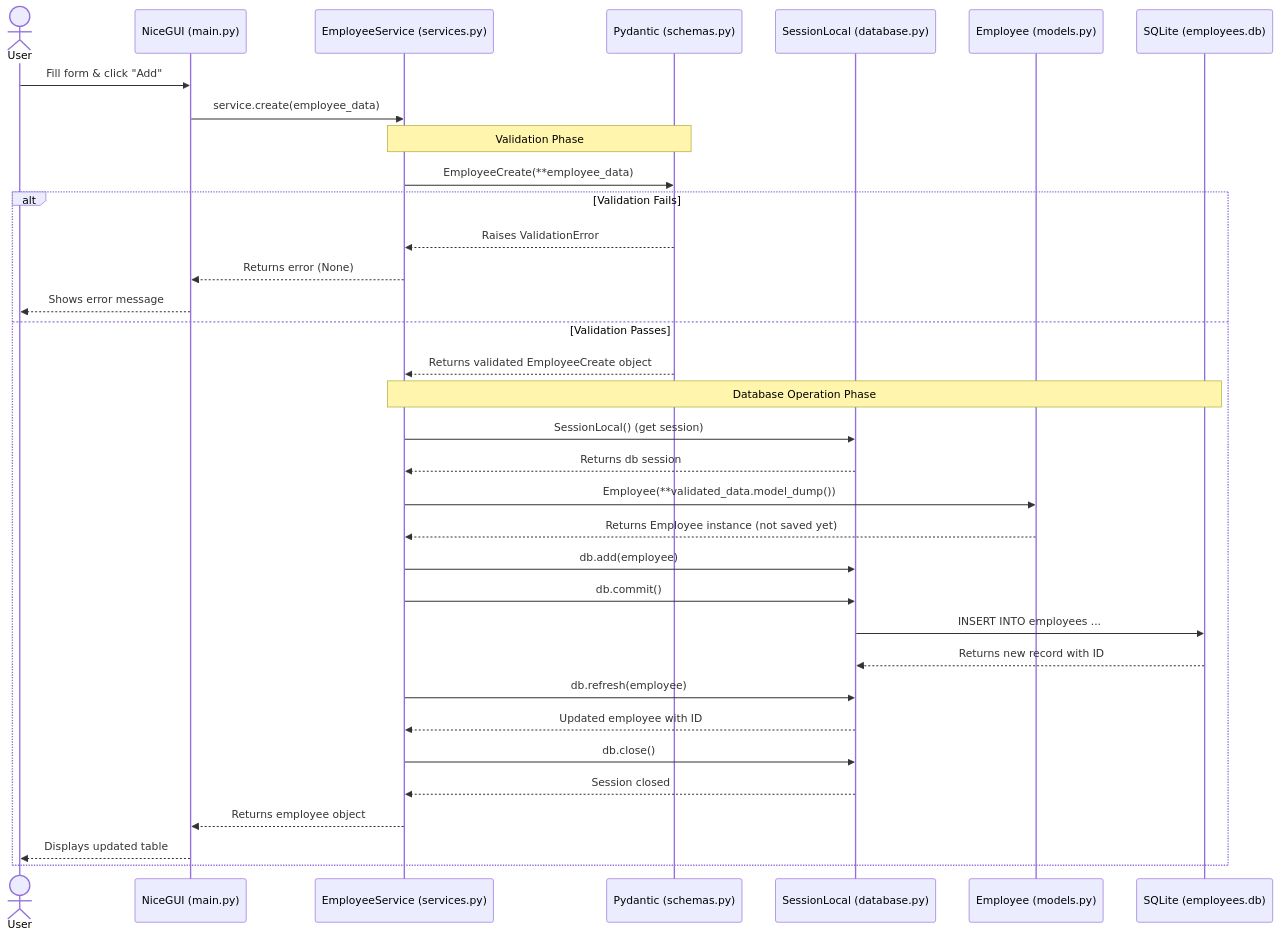
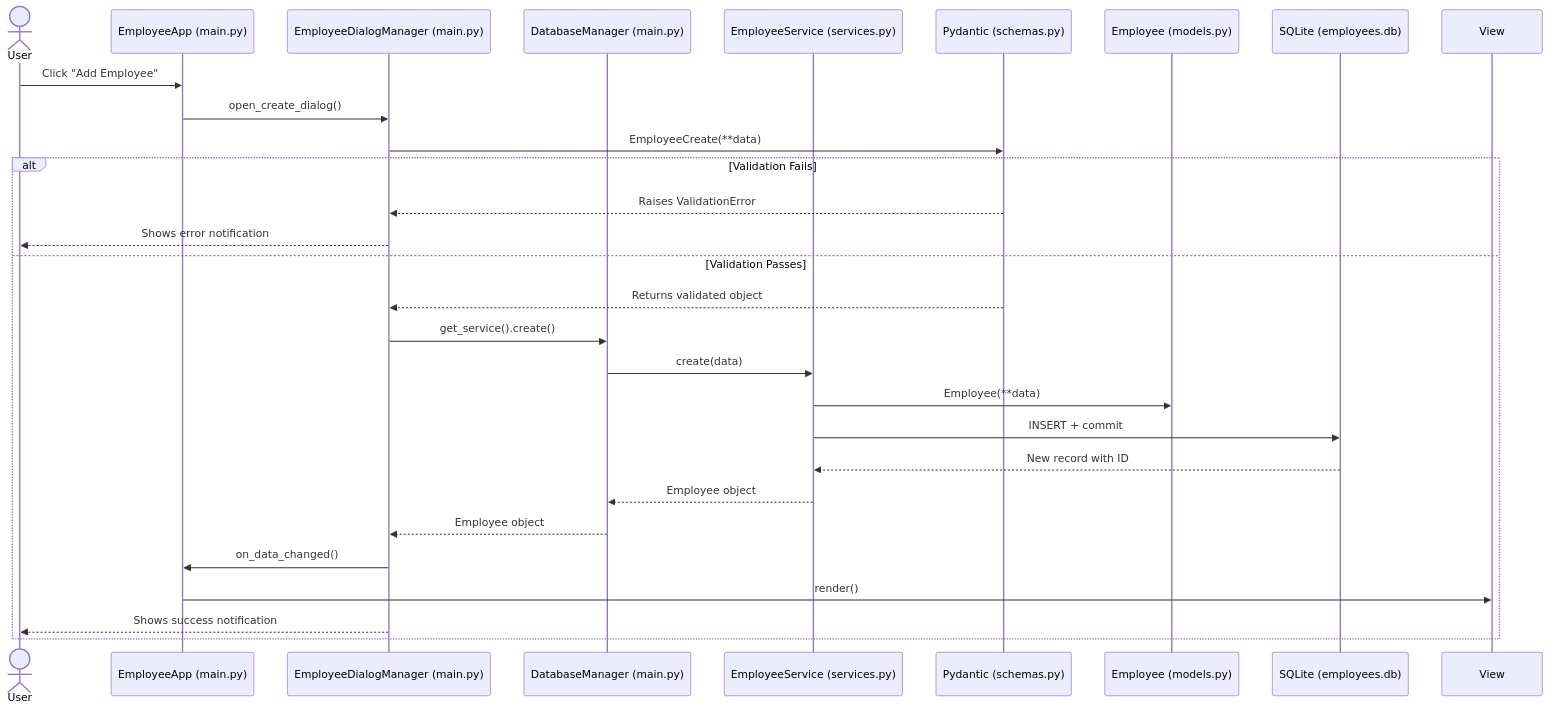
Before and after one commit to DoroshinaAleksandra/Employee_management_system: the second of 2 diagrams in docs/ARCHITECTURE.md, drawn with Mermaid. The commit also changed other lines of this file, not shown here.

Commit message:
ARCHITECTURE.md updated

````diff
--- a/docs/ARCHITECTURE.md
+++ b/docs/ARCHITECTURE.md
@@ -74,45 +81,32 @@
 ```mermaid 
 sequenceDiagram
     actor User
-    participant GUI as NiceGUI (main.py)
+    participant App as EmployeeApp (main.py)
+    participant Dlg as EmployeeDialogManager (main.py)
+    participant DB as DatabaseManager (main.py)
     participant SVC as EmployeeService (services.py)
     participant PYD as Pydantic (schemas.py)
-    participant DB as SessionLocal (database.py)
     participant ORM as Employee (models.py)
     participant SQL as SQLite (employees.db)
 
-    User->>GUI: Fill form & click "Add"
-    GUI->>SVC: service.create(employee_data)
-    
-    Note over SVC,PYD: Validation Phase
-    SVC->>PYD: EmployeeCreate(**employee_data)
+    User->>App: Click "Add Employee"
+    App->>Dlg: open_create_dialog()
+    Dlg->>PYD: EmployeeCreate(**data)
     
     alt Validation Fails
-        PYD-->>SVC: Raises ValidationError
-        SVC-->>GUI: Returns error (None)
-        GUI-->>User: Shows error message
+        PYD-->>Dlg: Raises ValidationError
+        Dlg-->>User: Shows error notification
     else Validation Passes
-        PYD-->>SVC: Returns validated EmployeeCreate object
-        
-        Note over SVC,SQL: Database Operation Phase
-        SVC->>DB: SessionLocal() (get session)
-        DB-->>SVC: Returns db session
-        
-        SVC->>ORM: Employee(**validated_data.model_dump())
-        ORM-->>SVC: Returns Employee instance (not saved yet)
-        
-        SVC->>DB: db.add(employee)
-        SVC->>DB: db.commit()
-        DB->>SQL: INSERT INTO employees ...
-        SQL-->>DB: Returns new record with ID
-        
-        SVC->>DB: db.refresh(employee)
-        DB-->>SVC: Updated employee with ID
-        
-        SVC->>DB: db.close()
-        DB-->>SVC: Session closed
-        
-        SVC-->>GUI: Returns employee object
-        GUI-->>User: Displays updated table
+        PYD-->>Dlg: Returns validated object
+        Dlg->>DB: get_service().create()
+        DB->>SVC: create(data)
+        SVC->>ORM: Employee(**data)
+        SVC->>SQL: INSERT + commit
+        SQL-->>SVC: New record with ID
+        SVC-->>DB: Employee object
+        DB-->>Dlg: Employee object
+        Dlg->>App: on_data_changed()
+        App->>View: render()
+        Dlg-->>User: Shows success notification
     end
 ```
````
